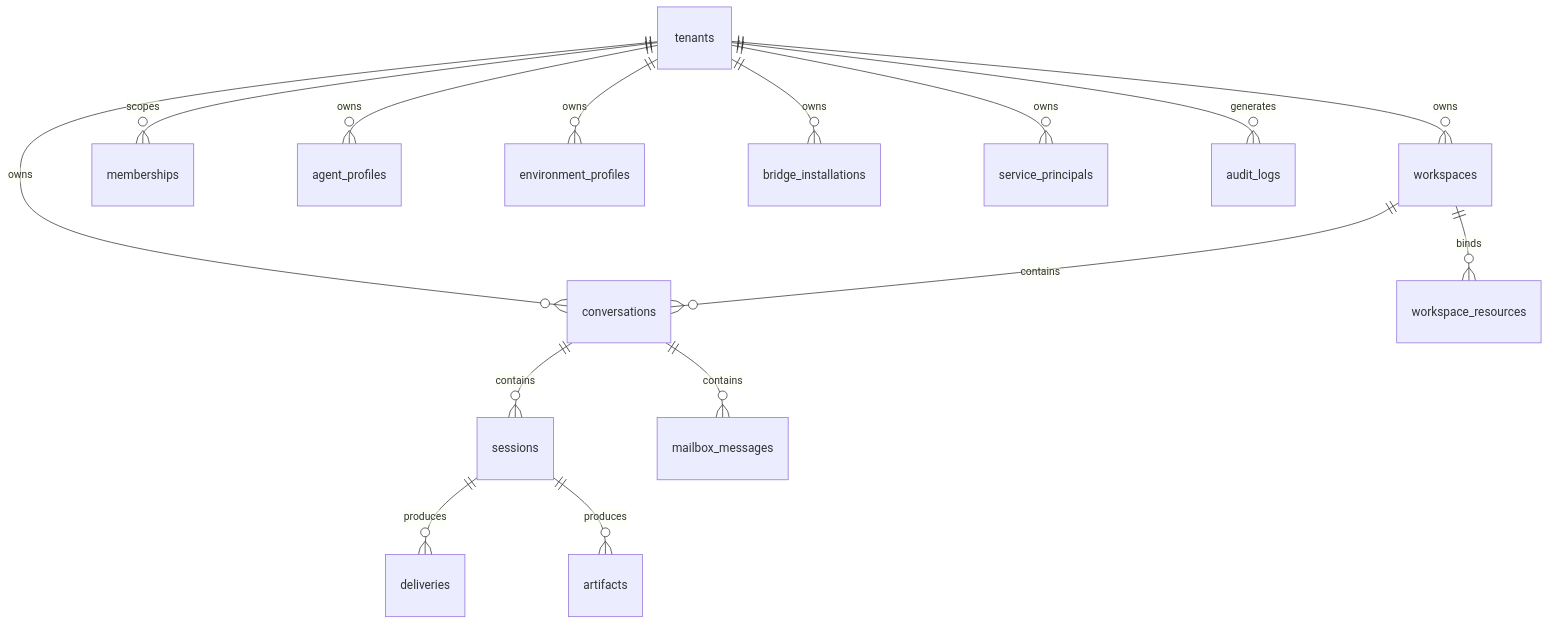
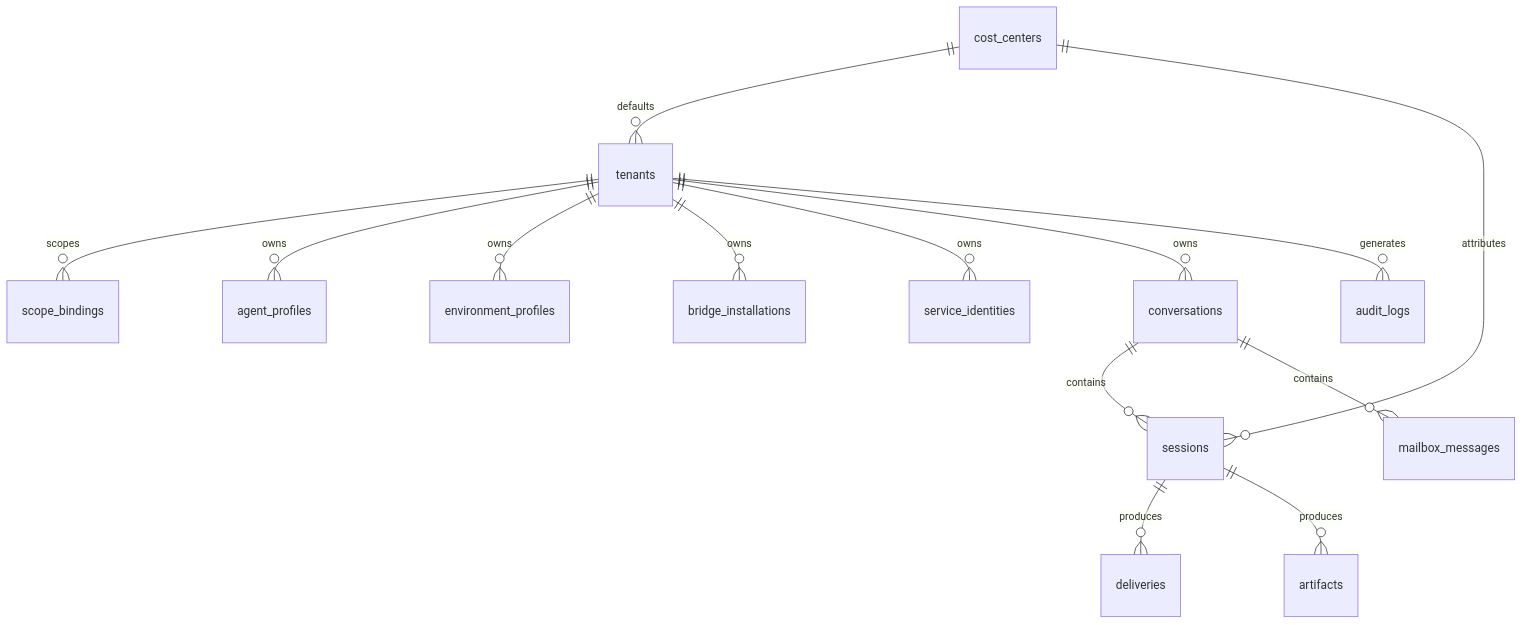
Before and after one commit to Wh1isper/ya-mono: the diagram in packages/ya-agent-platform/spec/011-data-model.md, drawn with Mermaid. The commit also changed other lines of this file and 24 other files, not shown here.

````diff
--- a/packages/ya-agent-platform/spec/011-data-model.md
+++ b/packages/ya-agent-platform/spec/011-data-model.md
@@ -15,20 +15,19 @@
 ```mermaid
 erDiagram
-    tenants ||--o{ workspaces : owns
-    tenants ||--o{ memberships : scopes
+    cost_centers ||--o{ tenants : defaults
+    cost_centers ||--o{ sessions : attributes
+
+    tenants ||--o{ scope_bindings : scopes
     tenants ||--o{ agent_profiles : owns
     tenants ||--o{ environment_profiles : owns
     tenants ||--o{ bridge_installations : owns
-    tenants ||--o{ service_principals : owns
+    tenants ||--o{ service_identities : owns
     tenants ||--o{ conversations : owns
     tenants ||--o{ audit_logs : generates
-
-    workspaces ||--o{ conversations : contains
-    workspaces ||--o{ workspace_resources : binds
 
     conversations ||--o{ sessions : contains
     conversations ||--o{ mailbox_messages : contains
 
     sessions ||--o{ deliveries : produces
     sessions ||--o{ artifacts : produces
 ```
````
